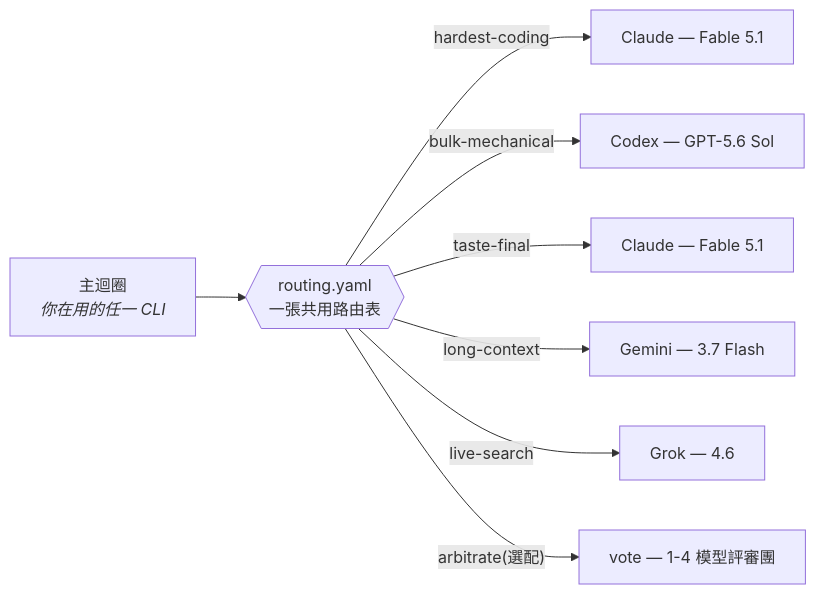
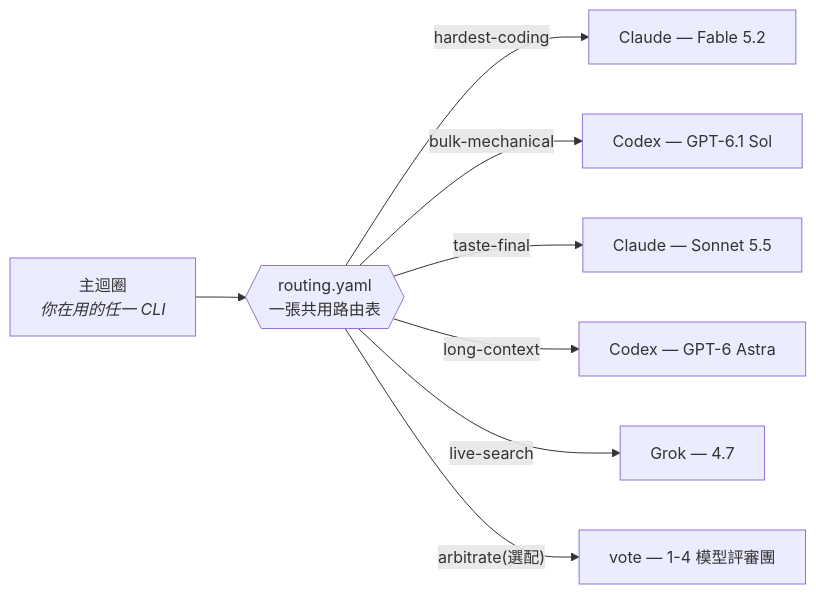
The diagram in README.zh-TW.md (Seraphim0916/omnilane), drawn with Mermaid before and after one commit. The commit also changed other lines of this file and 135 other files, not shown here.

First line of the commit message:
feat(aa): rebaseline to AA v5.0.1 (proposed), add Claude Fable 5.2, re-rank lanes

````diff
--- a/README.zh-TW.md
+++ b/README.zh-TW.md
@@ -196,10 +196,10 @@
 ```mermaid
 flowchart LR
     M["主迴圈<br/><i>你在用的任一 CLI</i>"] --> T{{"routing.yaml<br/>一張共用路由表"}}
-    T -->|hardest-coding| C1["Claude — Fable 5.1"]
-    T -->|bulk-mechanical| C2["Codex — GPT-5.6 Sol"]
-    T -->|taste-final| C3["Claude — Fable 5.1"]
-    T -->|long-context| C4["Gemini — 3.7 Flash"]
-    T -->|live-search| C5["Grok — 4.6"]
+    T -->|hardest-coding| C1["Claude — Fable 5.2"]
+    T -->|bulk-mechanical| C2["Codex — GPT-6.1 Sol"]
+    T -->|taste-final| C3["Claude — Sonnet 5.5"]
+    T -->|long-context| C4["Codex — GPT-6 Astra"]
+    T -->|live-search| C5["Grok — 4.7"]
     T -->|"arbitrate(選配)"| C6["vote — 1-4 模型評審團"]
 ```
````
